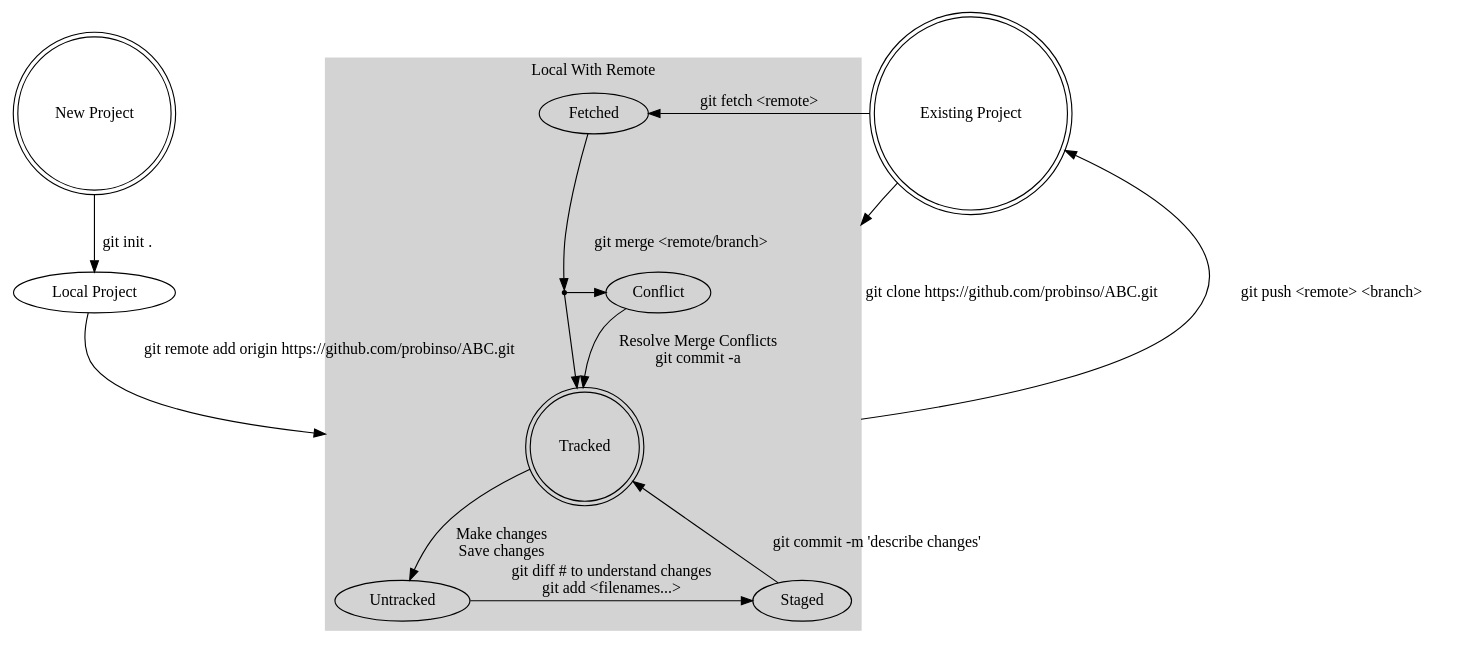
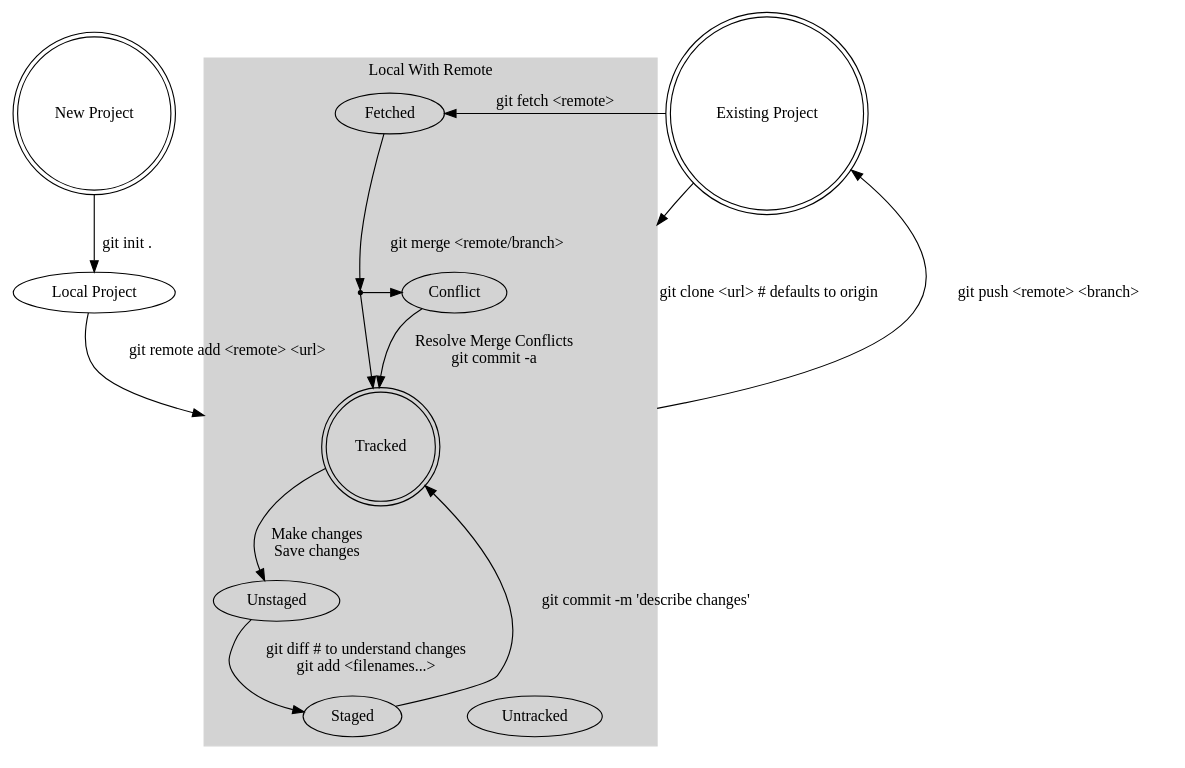
Before and after one commit to probinso/introduction-git: the diagram in git.dot, drawn with Graphviz. The commit also changed 2 other files, not shown here.

```diff
--- a/git.dot
+++ b/git.dot
@@ -1,39 +1,39 @@
 digraph G {
         aize = "4,4"
         compound=true;
         {
                 NewProject[label="New Project", shape=doublecircle];
                 ExistingProject[label="Existing Project", shape=doublecircle];
                 rank=same;
                 };
 
         Local[label="Local Project"];
         subgraph cluster0 {
                 label="Local With Remote";
                 color=lightgray;
                 style=filled;
                 Tracked [shape=doublecircle];
                 {Untracked; Staged; rank=same;};
 
-                Tracked -> Untracked [label="Make changes\nSave changes"];
-                Untracked -> Staged [label="git diff # to understand changes\ngit add <filenames...>"];
+                Tracked -> Unstaged [label="Make changes\nSave changes"];
+                Unstaged -> Staged [label="git diff # to understand changes\ngit add <filenames...>"];
                 Staged -> Tracked [label="git commit -m 'describe changes'"];
 
                 {Conflict; Point[shape=point, label=""];
                         rank=same;
                         }
 
                 Fetched -> Point [label="git merge <remote/branch>"];
                 Point -> {Conflict, Tracked}
                 Conflict -> Tracked [label="Resolve Merge Conflicts\ngit commit -a"];
                 };
                 Local -> Tracked [
-                                  label="git remote add origin https://github.com/probinso/ABC.git",
+                                  label="git remote add <remote> <url>",
                                   lhead=cluster0];
                 NewProject -> Local [label="git init ."];
                 ExistingProject -> Tracked [
-                                            label="git clone https://github.com/probinso/ABC.git"
+                                            label="git clone <url> # defaults to origin"
                                             lhead=cluster0];
                 Tracked -> ExistingProject [label="git push <remote> <branch>", ltail=cluster0];
                 ExistingProject -> Fetched [label="git fetch <remote>"];
 }
```
